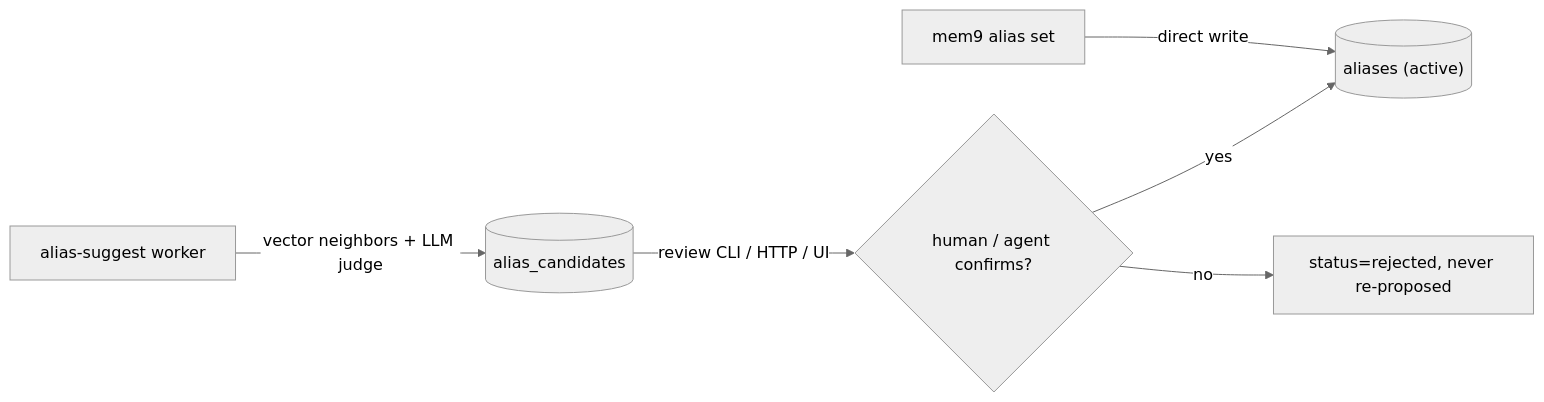
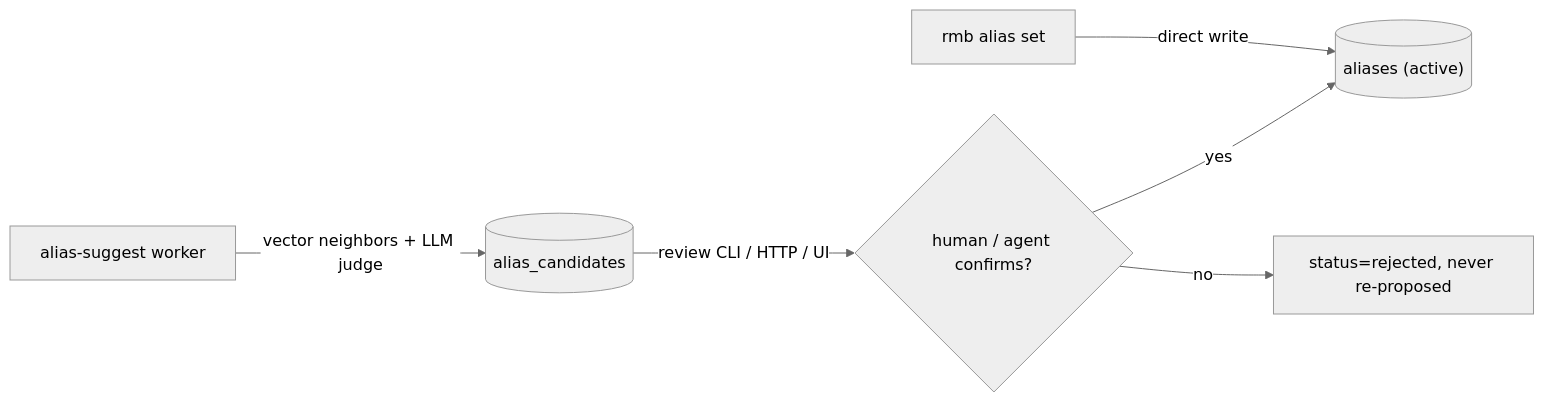
Before and after one commit to colinleefish/rmb: the second of 2 diagrams in docs/aliases.md, drawn with Mermaid (neutral theme). The commit also changed other lines of this file and 208 other files, not shown here.

First line of the commit message:
Rebrand mem9 -> rmb (remember).

````diff
--- a/docs/aliases.md
+++ b/docs/aliases.md
@@ -177,8 +177,8 @@
 ```mermaid
 flowchart LR
     Worker["alias-suggest worker"] -->|"vector neighbors + LLM judge"| Cand[("alias_candidates")]
     Cand -->|"review CLI / HTTP / UI"| Human{"human / agent confirms?"}
     Human -->|yes| Aliases[("aliases (active)")]
     Human -->|no| Rejected["status=rejected, never re-proposed"]
-    Direct["mem9 alias set"] -->|direct write| Aliases
+    Direct["rmb alias set"] -->|direct write| Aliases
 ```
````
